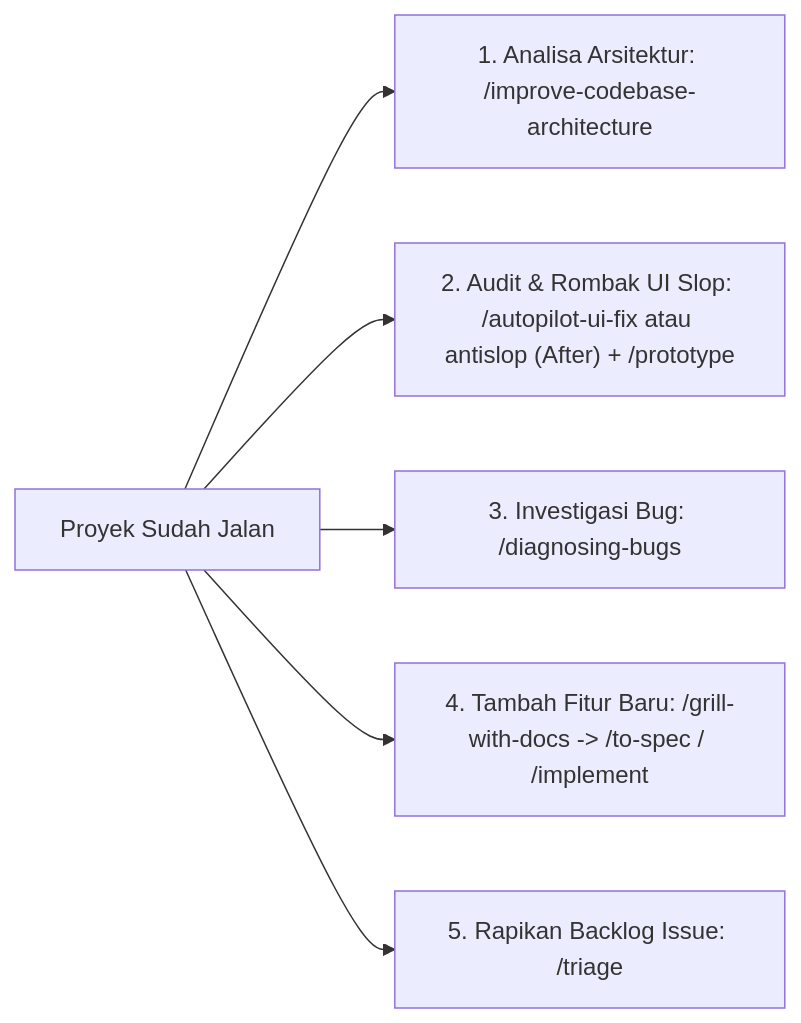
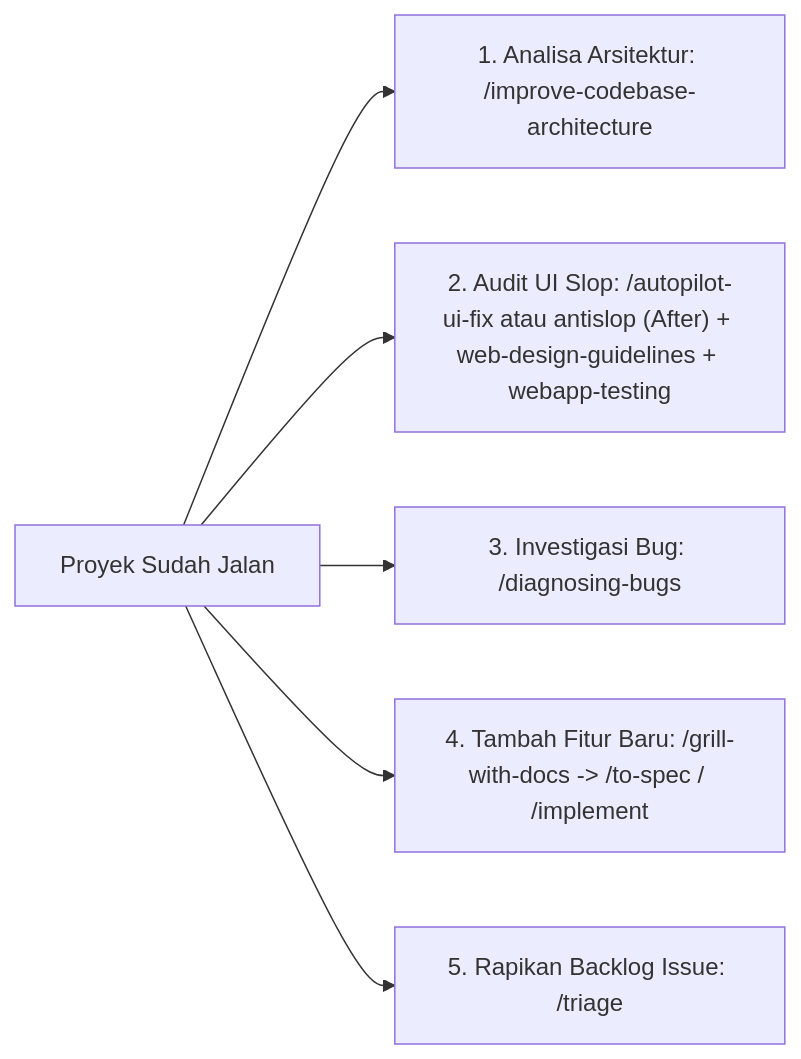
One commit to hendrax5/agent-skills-setup changed the second of 2 diagrams in docs/PLAYBOOK.md. Above: the diagram before and after it, drawn with Mermaid. The commit also changed other lines of this file, not shown here.

````diff
--- a/docs/PLAYBOOK.md
+++ b/docs/PLAYBOOK.md
@@ -125,8 +151,8 @@
 ```mermaid
 flowchart LR
     EX["Proyek Sudah Jalan"] --> A1["1. Analisa Arsitektur: /improve-codebase-architecture"]
-    EX --> A2["2. Audit & Rombak UI Slop: /autopilot-ui-fix atau antislop (After) + /prototype"]
+    EX --> A2["2. Audit UI Slop: /autopilot-ui-fix atau antislop (After) + web-design-guidelines + webapp-testing"]
     EX --> A3["3. Investigasi Bug: /diagnosing-bugs"]
     EX --> A4["4. Tambah Fitur Baru: /grill-with-docs -> /to-spec / /implement"]
     EX --> A5["5. Rapikan Backlog Issue: /triage"]
 ```
````
